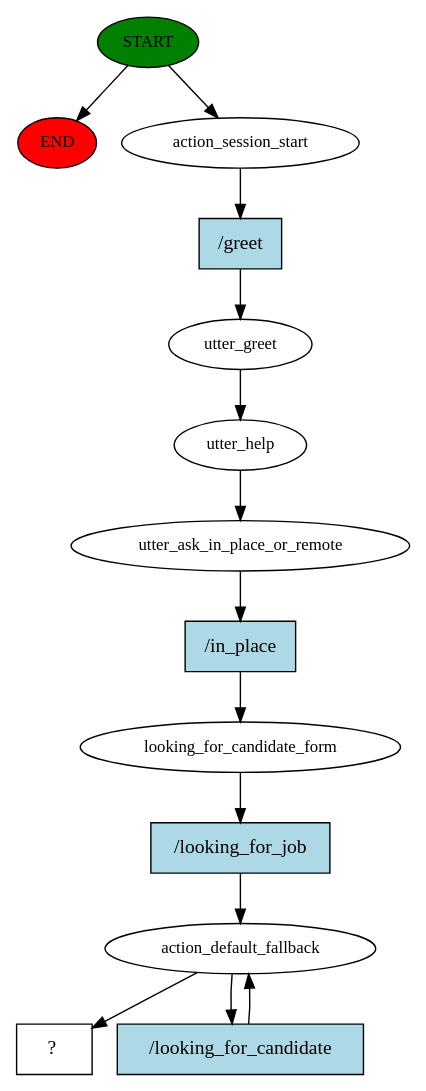
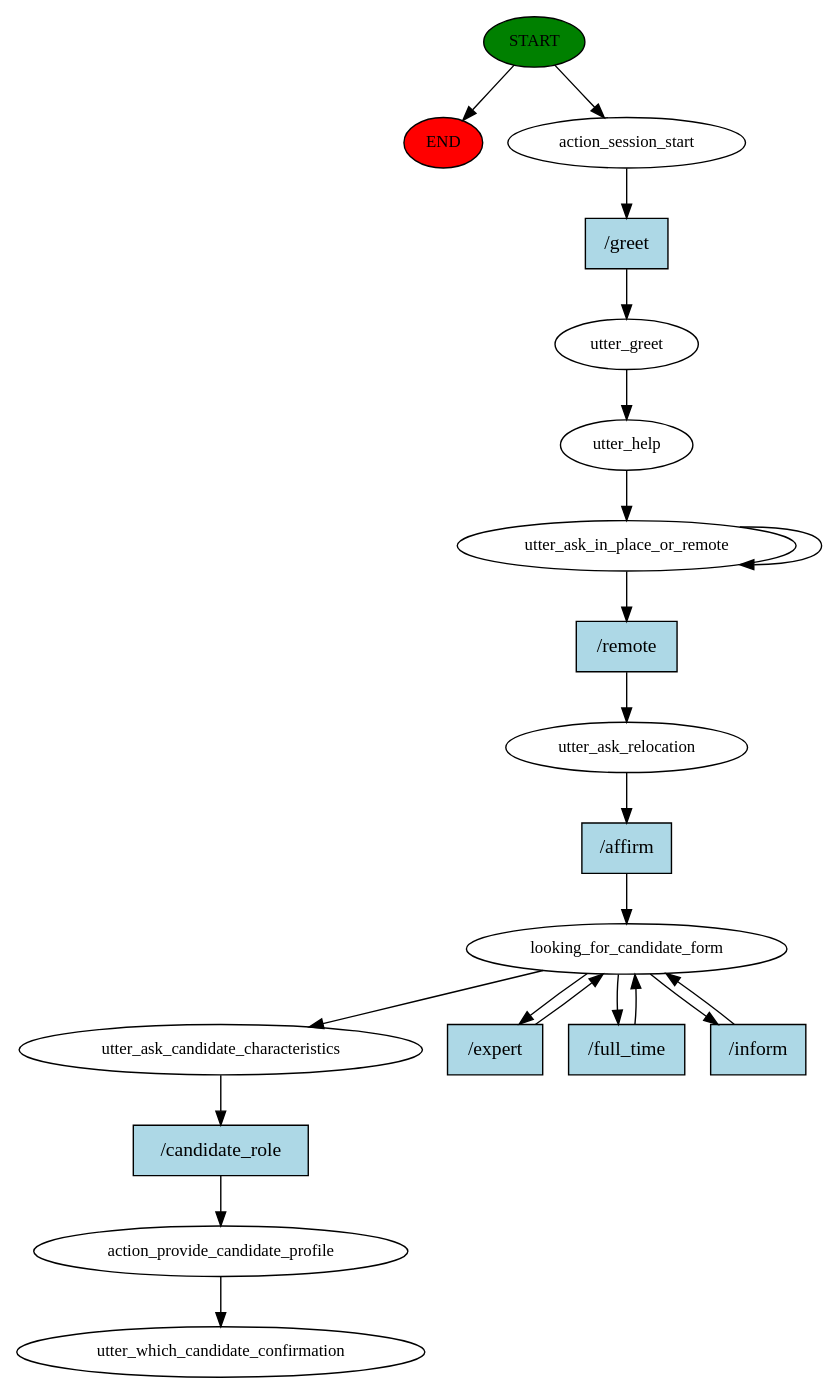
Before and after one commit to r1cc4r2o/Jobify: the diagram in src/story_graph.dot, drawn with Graphviz. The commit also changed 8 other files, not shown here.

```diff
--- a/src/story_graph.dot
+++ b/src/story_graph.dot
@@ -1,28 +1,41 @@
 digraph  {
 0 [class="start active", fillcolor=green, fontsize=12, label=START, style=filled];
 "-1" [class=end, fillcolor=red, fontsize=12, label=END, style=filled];
 1 [class=active, fontsize=12, label=action_session_start];
 2 [class=active, fontsize=12, label=utter_greet];
 3 [class=active, fontsize=12, label=utter_help];
 4 [class=active, fontsize=12, label=utter_ask_in_place_or_remote];
-5 [class=active, fontsize=12, label=looking_for_candidate_form];
-6 [class=active, fontsize=12, label=action_default_fallback];
-8 [class="intent dashed active", label="  ?  ", shape=rect];
-9 [class="intent active", fillcolor=lightblue, label="/greet", shape=rect, style=filled];
-10 [class="intent active", fillcolor=lightblue, label="/in_place", shape=rect, style=filled];
-11 [class="intent active", fillcolor=lightblue, label="/looking_for_job", shape=rect, style=filled];
-12 [class="intent active", fillcolor=lightblue, label="/looking_for_candidate", shape=rect, style=filled];
+6 [class=active, fontsize=12, label=utter_ask_relocation];
+7 [class=active, fontsize=12, label=looking_for_candidate_form];
+11 [class=active, fontsize=12, label=utter_ask_candidate_characteristics];
+12 [class=active, fontsize=12, label=action_provide_candidate_profile];
+13 [class="dashed active", fontsize=12, label=utter_which_candidate_confirmation];
+14 [class="intent active", fillcolor=lightblue, label="/greet", shape=rect, style=filled];
+15 [class="intent active", fillcolor=lightblue, label="/remote", shape=rect, style=filled];
+16 [class="intent active", fillcolor=lightblue, label="/affirm", shape=rect, style=filled];
+17 [class="intent active", fillcolor=lightblue, label="/expert", shape=rect, style=filled];
+18 [class="intent active", fillcolor=lightblue, label="/full_time", shape=rect, style=filled];
+19 [class="intent active", fillcolor=lightblue, label="/inform", shape=rect, style=filled];
+20 [class="intent active", fillcolor=lightblue, label="/candidate_role", shape=rect, style=filled];
 0 -> "-1"  [class="", key=NONE, label=""];
 0 -> 1  [class=active, key=NONE, label=""];
-1 -> 9  [class=active, key=0];
+1 -> 14  [class=active, key=0];
 2 -> 3  [class=active, key=NONE, label=""];
 3 -> 4  [class=active, key=NONE, label=""];
-4 -> 10  [class=active, key=0];
-5 -> 11  [class=active, key=0];
-6 -> 8  [class=active, key=NONE, label=""];
-6 -> 12  [class=active, key=0];
-9 -> 2  [class=active, key=0];
-10 -> 5  [class=active, key=0];
-11 -> 6  [class=active, key=0];
-12 -> 6  [class=active, key=0];
+4 -> 4  [class=active, key=NONE, label=""];
+4 -> 15  [class=active, key=0];
+6 -> 16  [class=active, key=0];
+7 -> 11  [class=active, key=NONE, label=""];
+7 -> 17  [class=active, key=0];
+7 -> 18  [class=active, key=0];
+7 -> 19  [class=active, key=0];
+11 -> 20  [class=active, key=0];
+12 -> 13  [class=active, key=NONE, label=""];
+14 -> 2  [class=active, key=0];
+15 -> 6  [class=active, key=0];
+16 -> 7  [class=active, key=0];
+17 -> 7  [class=active, key=0];
+18 -> 7  [class=active, key=0];
+19 -> 7  [class=active, key=0];
+20 -> 12  [class=active, key=0];
 }
```
